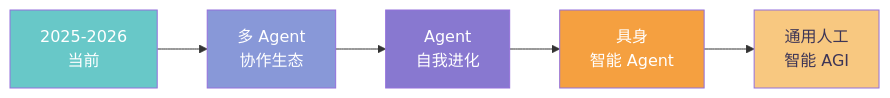
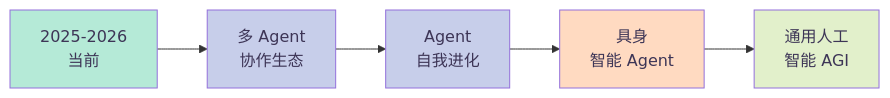
Diagram 12 of 12 in _posts/2026-04-15-ai-agent.md (caoping0623/caoping0623.github.io), drawn with Mermaid before and after one commit. The commit also changed other lines of this file, not shown here.

First line of the commit message:
style: update all mermaid diagram node colors to macaron (pastel) palette

```diff
--- a/_posts/2026-04-15-ai-agent.md
+++ b/_posts/2026-04-15-ai-agent.md
@@ -832,13 +832,13 @@
 <div class="mermaid">
 graph LR
     NOW[2025-2026<br/>当前] --> N1[多 Agent<br/>协作生态]
     N1 --> N2[Agent<br/>自我进化]
     N2 --> N3[具身<br/>智能 Agent]
     N3 --> N4[通用人工<br/>智能 AGI]
 
-    style NOW fill:#68c8c8,color:#ffffff
-    style N1 fill:#8898d8,color:#ffffff
-    style N2 fill:#8878d0,color:#ffffff
-    style N3 fill:#f5a040,color:#ffffff
-    style N4 fill:#f8c880,color:#3d3556
+    style NOW fill:#b5ead7,color:#3d3556
+    style N1 fill:#c7ceea,color:#3d3556
+    style N2 fill:#c7ceea,color:#3d3556
+    style N3 fill:#ffdac1,color:#3d3556
+    style N4 fill:#e2f0cb,color:#3d3556
 </div>
```
